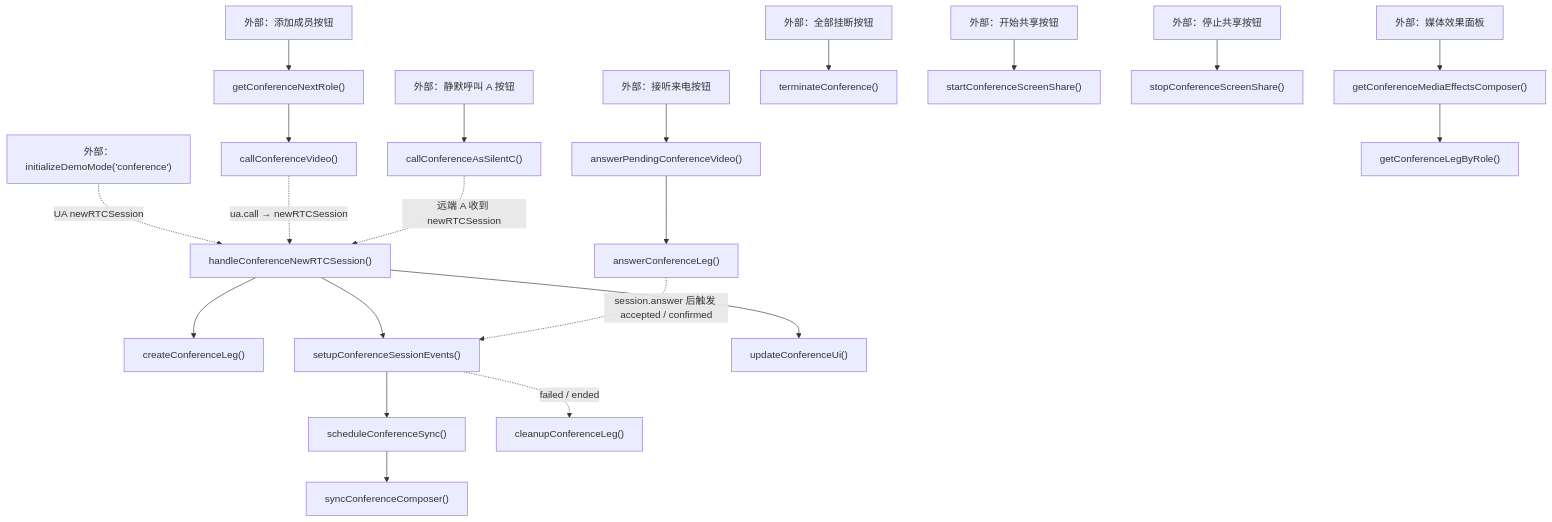
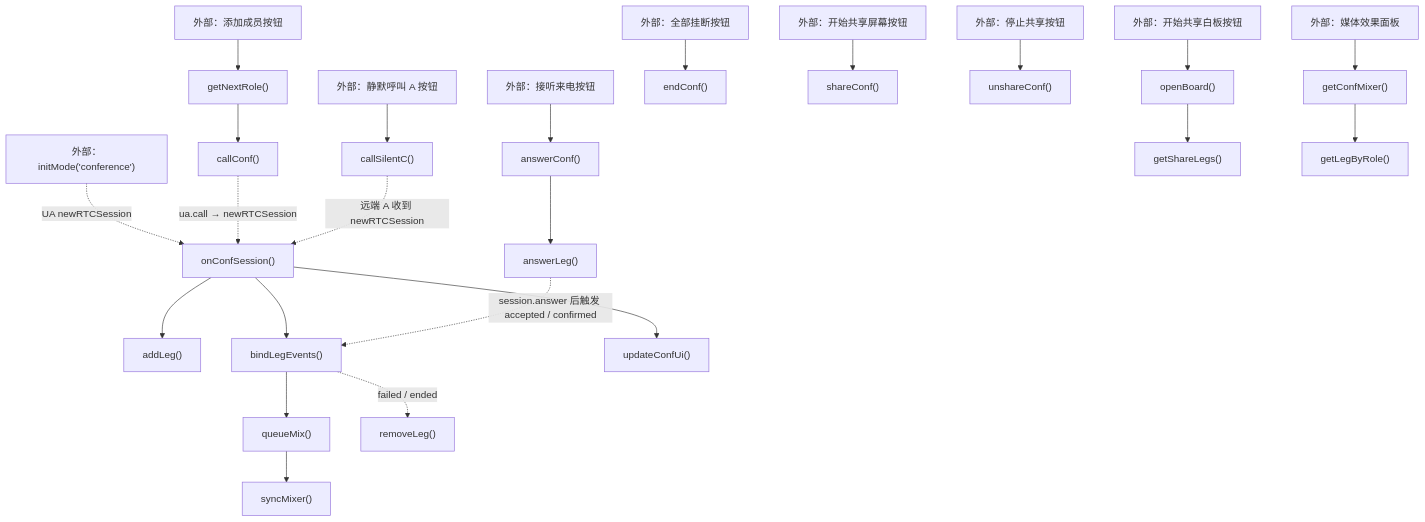
Before and after one commit to lei40251/JsSIP: diagram 13 of 20 in docs/app-conference-guide.md, drawn with Mermaid. The commit also changed other lines of this file and 31 other files, not shown here.

````diff
--- a/docs/app-conference-guide.md
+++ b/docs/app-conference-guide.md
@@ -955,29 +1086,31 @@
 ```mermaid
 flowchart TD
-  MODE["外部：initializeDemoMode('conference')"] -.->|"UA newRTCSession"| NEW["handleConferenceNewRTCSession()"]
+  MODE["外部：initMode('conference')"] -.->|"UA newRTCSession"| NEW["onConfSession()"]
 
-  ADD["外部：添加成员按钮"] --> NEXT["getConferenceNextRole()"]
-  NEXT --> CALL["callConferenceVideo()"]
+  ADD["外部：添加成员按钮"] --> NEXT["getNextRole()"]
+  NEXT --> CALL["callConf()"]
 
-  SILENT["外部：静默呼叫 A 按钮"] --> SCALL["callConferenceAsSilentC()"]
-  ANSWER["外部：接听来电按钮"] --> AP["answerPendingConferenceVideo()"]
-  AP --> ALEG["answerConferenceLeg()"]
-  HANGALL["外部：全部挂断按钮"] --> TERMALL["terminateConference()"]
+  SILENT["外部：静默呼叫 A 按钮"] --> SCALL["callSilentC()"]
+  ANSWER["外部：接听来电按钮"] --> AP["answerConf()"]
+  AP --> ALEG["answerLeg()"]
+  HANGALL["外部：全部挂断按钮"] --> TERMALL["endConf()"]
 
-  STARTUI["外部：开始共享按钮"] --> START["startConferenceScreenShare()"]
-  STOPUI["外部：停止共享按钮"] --> STOP["stopConferenceScreenShare()"]
+  STARTUI["外部：开始共享屏幕按钮"] --> START["shareConf()"]
+  STOPUI["外部：停止共享按钮"] --> STOP["unshareConf()"]
+  BOARDUI["外部：开始共享白板按钮"] --> OPENBOARD["openBoard()"]
+  OPENBOARD --> TARGETBOARD["getShareLegs()"]
 
-  EFFECTS["外部：媒体效果面板"] --> GETMEC["getConferenceMediaEffectsComposer()"]
-  GETMEC --> BYROLE["getConferenceLegByRole()"]
+  EFFECTS["外部：媒体效果面板"] --> GETMEC["getConfMixer()"]
+  GETMEC --> BYROLE["getLegByRole()"]
 
-  NEW --> LEG["createConferenceLeg()"]
-  NEW --> EVENTS["setupConferenceSessionEvents()"]
-  NEW --> UI["updateConferenceUi()"]
+  NEW --> LEG["addLeg()"]
+  NEW --> EVENTS["bindLegEvents()"]
+  NEW --> UI["updateConfUi()"]
   CALL -.->|"ua.call → newRTCSession"| NEW
   SCALL -.->|"远端 A 收到 newRTCSession"| NEW
   ALEG -.->|"session.answer 后触发 accepted / confirmed"| EVENTS
 
-  EVENTS --> SYNC["scheduleConferenceSync()"]
-  SYNC --> MIX["syncConferenceComposer()"]
-  EVENTS -.->|"failed / ended"| CLEAN["cleanupConferenceLeg()"]
+  EVENTS --> SYNC["queueMix()"]
+  SYNC --> MIX["syncMixer()"]
+  EVENTS -.->|"failed / ended"| CLEAN["removeLeg()"]
 ```
````
